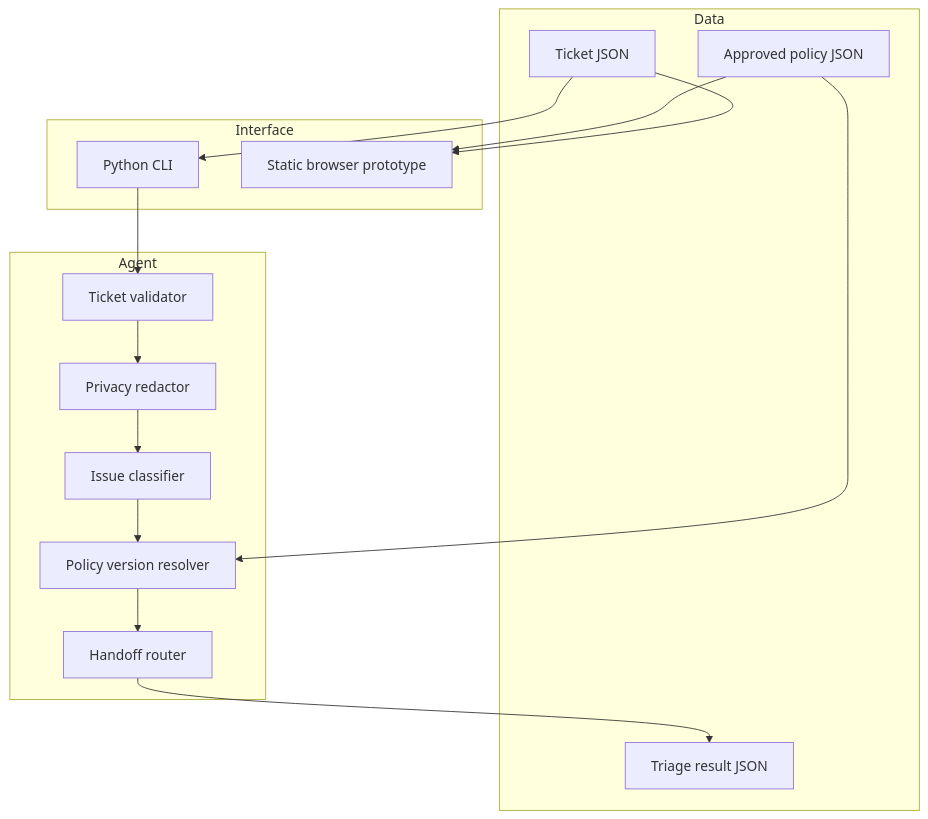
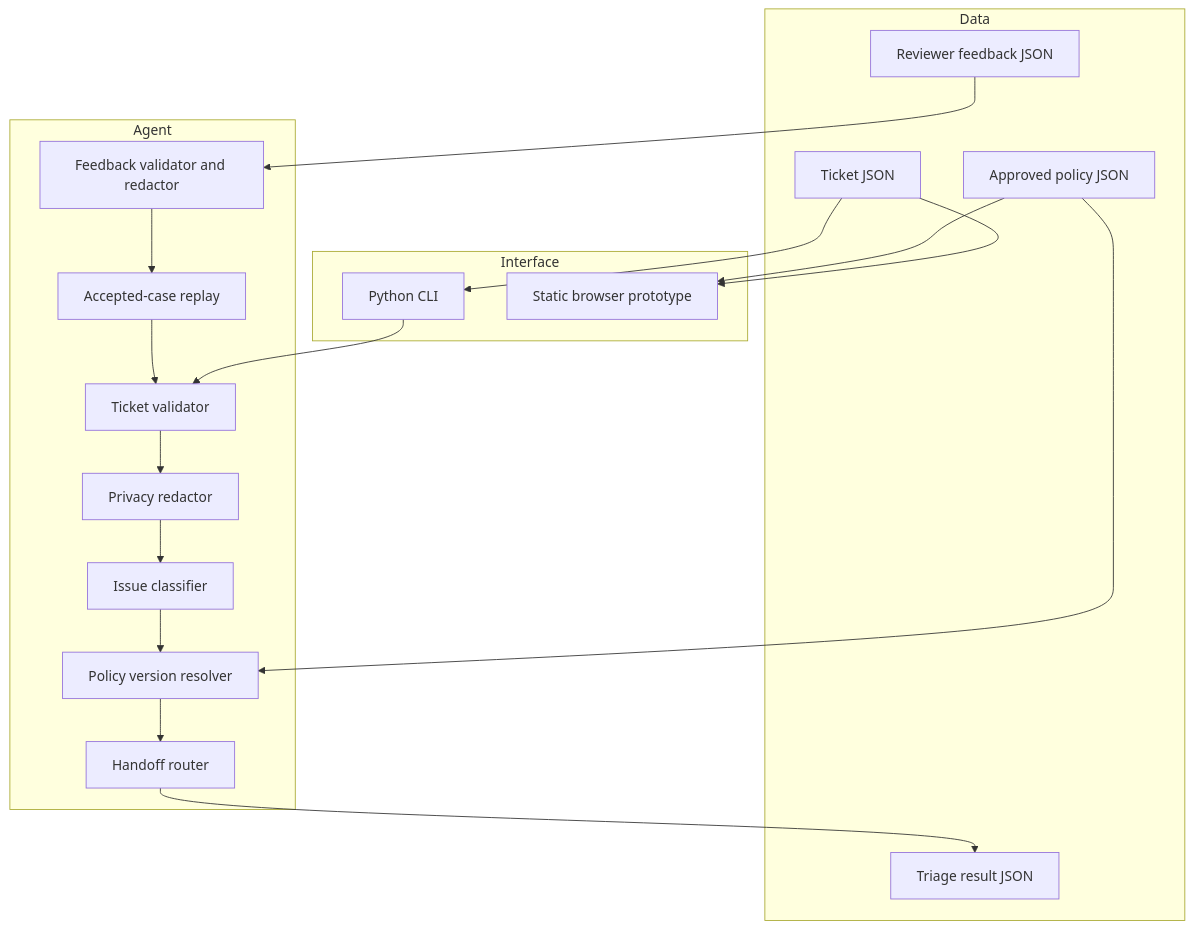
Before and after one commit to magicyao2028-pixel/customer-service-agent: the diagram in docs/ARCHITECTURE.md, drawn with Mermaid. The commit also changed other lines of this file and 15 other files, not shown here.

Commit message:
M3-governed-reviewer-feedback-replay

````diff
--- a/docs/ARCHITECTURE.md
+++ b/docs/ARCHITECTURE.md
@@ -16,23 +18,27 @@
 ```mermaid
 flowchart TB
     subgraph Interface
       CLI[Python CLI]
       WEB[Static browser prototype]
     end
     subgraph Agent
       V[Ticket validator]
       P[Privacy redactor]
       C[Issue classifier]
       R[Policy version resolver]
       H[Handoff router]
+      F[Feedback validator and redactor]
+      RP[Accepted-case replay]
     end
     subgraph Data
       T[Ticket JSON]
       K[Approved policy JSON]
+      FB[Reviewer feedback JSON]
       O[Triage result JSON]
     end
     T --> CLI --> V --> P --> C --> R --> H --> O
     K --> R
+    FB --> F --> RP --> V
     T --> WEB
     K --> WEB
 ```
````
